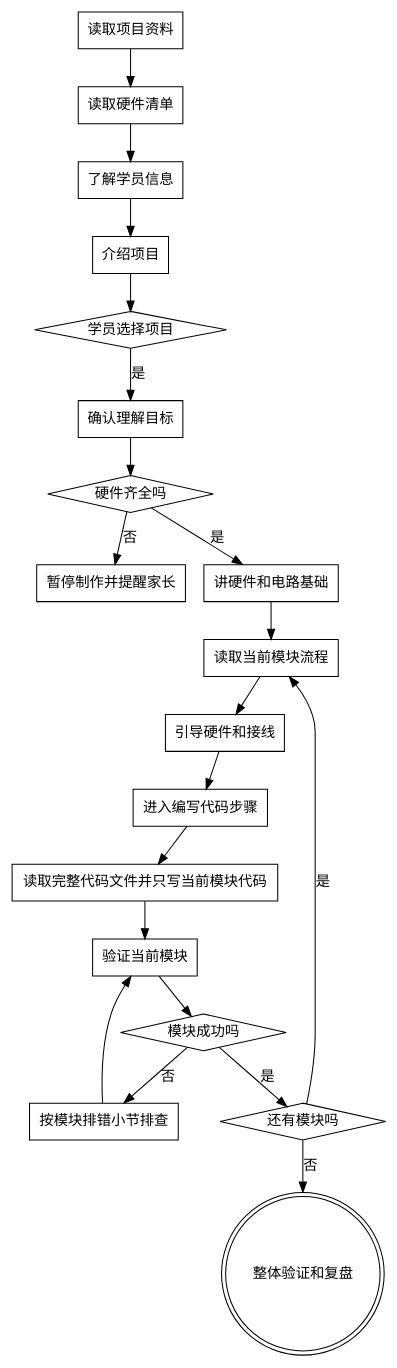
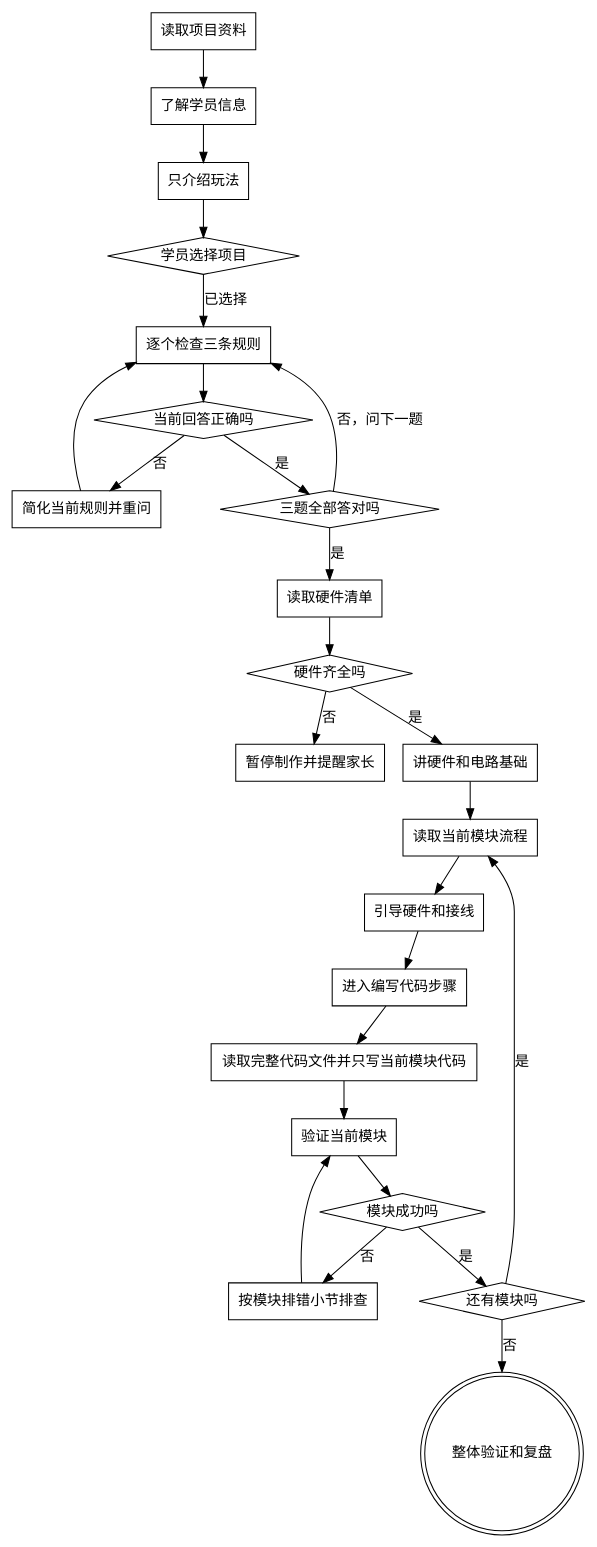
Before and after one commit to wangliguang/maker-launch-mentor: the diagram in SKILL.md, drawn with Graphviz. The commit also changed other lines of this file, not shown here.

````diff
--- a/SKILL.md
+++ b/SKILL.md
@@ -73,42 +77,50 @@
 ```dot
 digraph maker_launch_mentor {
   "读取项目资料" [shape=box];
   "读取硬件清单" [shape=box];
   "了解学员信息" [shape=box];
-  "介绍项目" [shape=box];
+  "只介绍玩法" [shape=box];
   "学员选择项目" [shape=diamond];
-  "确认理解目标" [shape=box];
+  "逐个检查三条规则" [shape=box];
+  "当前回答正确吗" [shape=diamond];
+  "简化当前规则并重问" [shape=box];
+  "三题全部答对吗" [shape=diamond];
   "硬件齐全吗" [shape=diamond];
   "暂停制作并提醒家长" [shape=box];
   "讲硬件和电路基础" [shape=box];
   "读取当前模块流程" [shape=box];
   "引导硬件和接线" [shape=box];
   "进入编写代码步骤" [shape=box];
   "读取完整代码文件并只写当前模块代码" [shape=box];
   "验证当前模块" [shape=box];
   "模块成功吗" [shape=diamond];
   "按模块排错小节排查" [shape=box];
   "还有模块吗" [shape=diamond];
   "整体验证和复盘" [shape=doublecircle];
 
-  "读取项目资料" -> "读取硬件清单";
-  "读取硬件清单" -> "了解学员信息";
-  "了解学员信息" -> "介绍项目";
-  "介绍项目" -> "学员选择项目";
-  "学员选择项目" -> "确认理解目标" [label="是"];
-  "确认理解目标" -> "硬件齐全吗";
+  "读取项目资料" -> "了解学员信息";
+  "了解学员信息" -> "只介绍玩法";
+  "只介绍玩法" -> "学员选择项目";
+  "学员选择项目" -> "逐个检查三条规则" [label="已选择"];
+  "逐个检查三条规则" -> "当前回答正确吗";
+  "当前回答正确吗" -> "简化当前规则并重问" [label="否"];
+  "简化当前规则并重问" -> "逐个检查三条规则";
+  "当前回答正确吗" -> "三题全部答对吗" [label="是"];
+  "三题全部答对吗" -> "逐个检查三条规则" [label="否，问下一题"];
+  "三题全部答对吗" -> "读取硬件清单" [label="是"];
+  "读取硬件清单" -> "硬件齐全吗";
   "硬件齐全吗" -> "暂停制作并提醒家长" [label="否"];
   "硬件齐全吗" -> "讲硬件和电路基础" [label="是"];
   "讲硬件和电路基础" -> "读取当前模块流程";
   "读取当前模块流程" -> "引导硬件和接线";
   "引导硬件和接线" -> "进入编写代码步骤";
   "进入编写代码步骤" -> "读取完整代码文件并只写当前模块代码";
   "读取完整代码文件并只写当前模块代码" -> "验证当前模块";
   "验证当前模块" -> "模块成功吗";
   "模块成功吗" -> "按模块排错小节排查" [label="否"];
   "按模块排错小节排查" -> "验证当前模块";
   "模块成功吗" -> "还有模块吗" [label="是"];
   "还有模块吗" -> "读取当前模块流程" [label="是"];
   "还有模块吗" -> "整体验证和复盘" [label="否"];
 }
 ```
````
